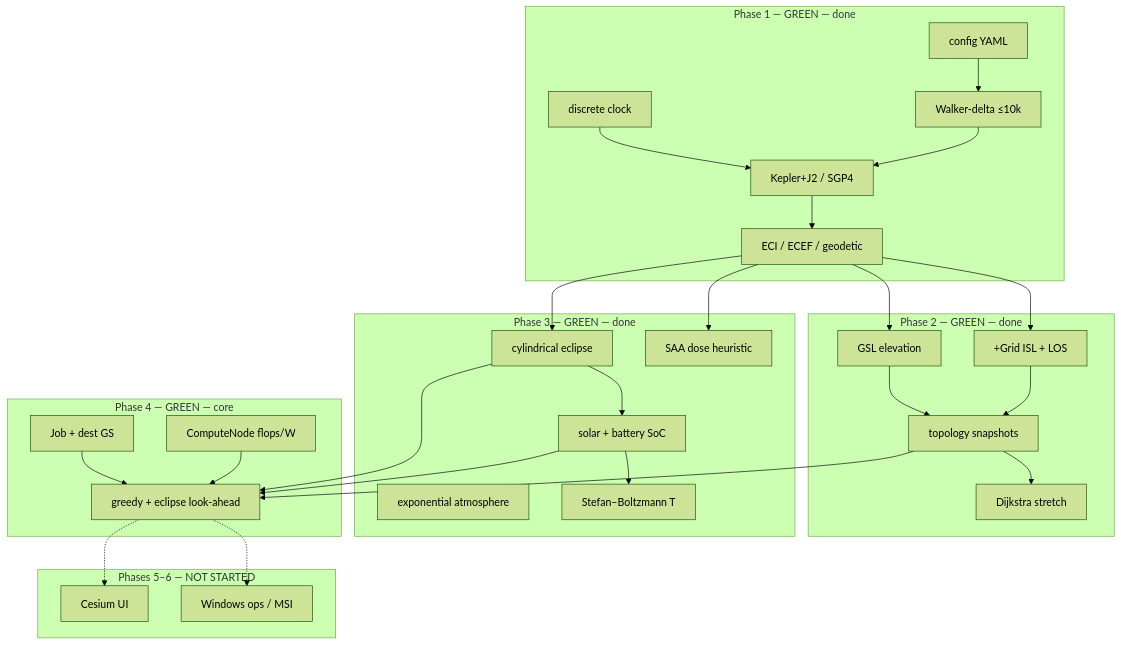
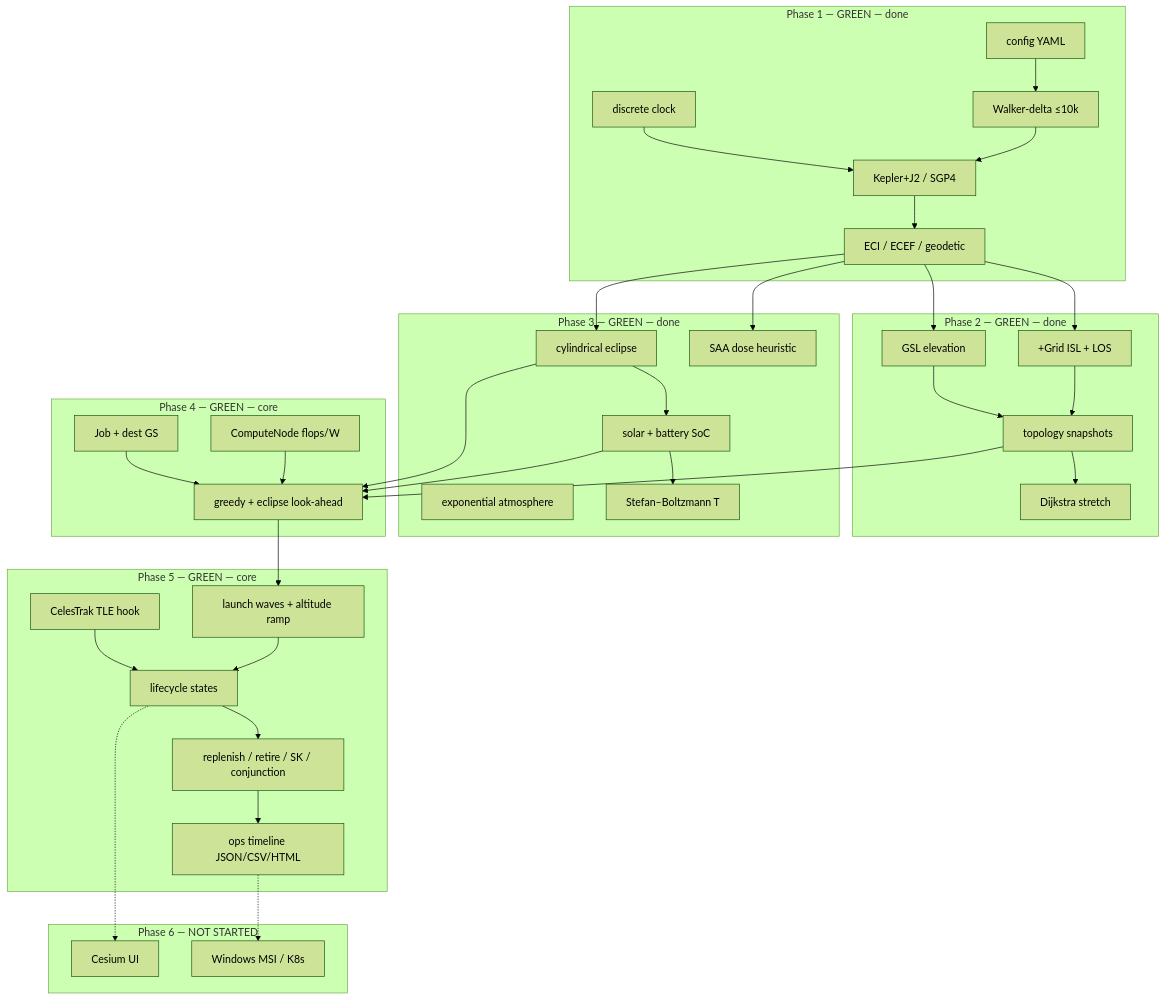
The diagram in docs/ARCHITECTURE.md (XuqiangL/scs-sim), drawn with Mermaid (forest theme) before and after one commit. The commit also changed other lines of this file and 21 other files, not shown here.

First line of the commit message:
Phase 5: launch waves, fleet lifecycle, TLE hook, ops timeline.

````diff
--- a/docs/ARCHITECTURE.md
+++ b/docs/ARCHITECTURE.md
@@ -13,52 +13,64 @@
 ```mermaid
 flowchart TB
     subgraph P1["Phase 1 — GREEN — done"]
         CFG["config YAML"]
         CLK["discrete clock"]
         WAL["Walker-delta ≤10k"]
         ORB["Kepler+J2 / SGP4"]
         FRM["ECI / ECEF / geodetic"]
     end
 
     subgraph P2["Phase 2 — GREEN — done"]
         ISL["+Grid ISL + LOS"]
         GSL["GSL elevation"]
         TOP["topology snapshots"]
         RTE["Dijkstra stretch"]
     end
 
     subgraph P3["Phase 3 — GREEN — done"]
         ECL["cylindrical eclipse"]
         ATM["exponential atmosphere"]
         PWR["solar + battery SoC"]
         THM["Stefan–Boltzmann T"]
         RAD["SAA dose heuristic"]
     end
 
     subgraph P4["Phase 4 — GREEN — core"]
         NOD["ComputeNode flops/W"]
         JOB["Job + dest GS"]
         SCH["greedy + eclipse look-ahead"]
     end
 
-    subgraph P56["Phases 5–6 — NOT STARTED"]
+    subgraph P5["Phase 5 — GREEN — core"]
+        WAV["launch waves + altitude ramp"]
+        LIF["lifecycle states"]
+        ACT["replenish / retire / SK / conjunction"]
+        TLE["CelesTrak TLE hook"]
+        TIM["ops timeline JSON/CSV/HTML"]
+    end
+
+    subgraph P6["Phase 6 — NOT STARTED"]
         UI["Cesium UI"]
-        OPS["Windows ops / MSI"]
+        MSI["Windows MSI / K8s"]
     end
 
     CFG --> WAL --> ORB --> FRM
     CLK --> ORB
     FRM --> ISL --> TOP
     FRM --> GSL --> TOP
     TOP --> RTE
     FRM --> ECL --> PWR
     PWR --> THM
     FRM --> RAD
     PWR --> SCH
     ECL --> SCH
     TOP --> SCH
     NOD --> SCH
     JOB --> SCH
-    SCH -.-> UI
-    SCH -.-> OPS
+    SCH --> WAV
+    WAV --> LIF --> ACT
+    TLE --> LIF
+    ACT --> TIM
+    LIF -.-> UI
+    TIM -.-> MSI
 ```
````
